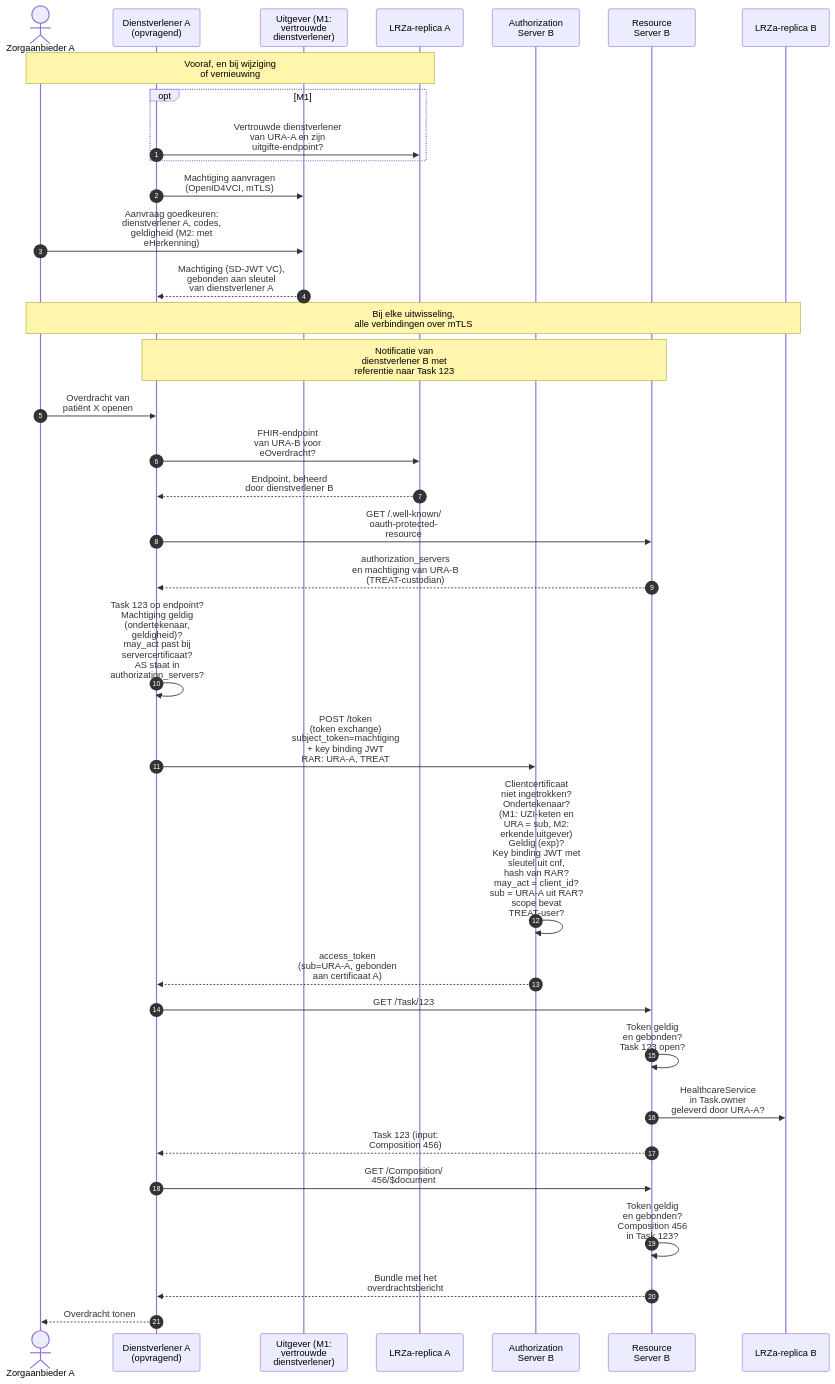
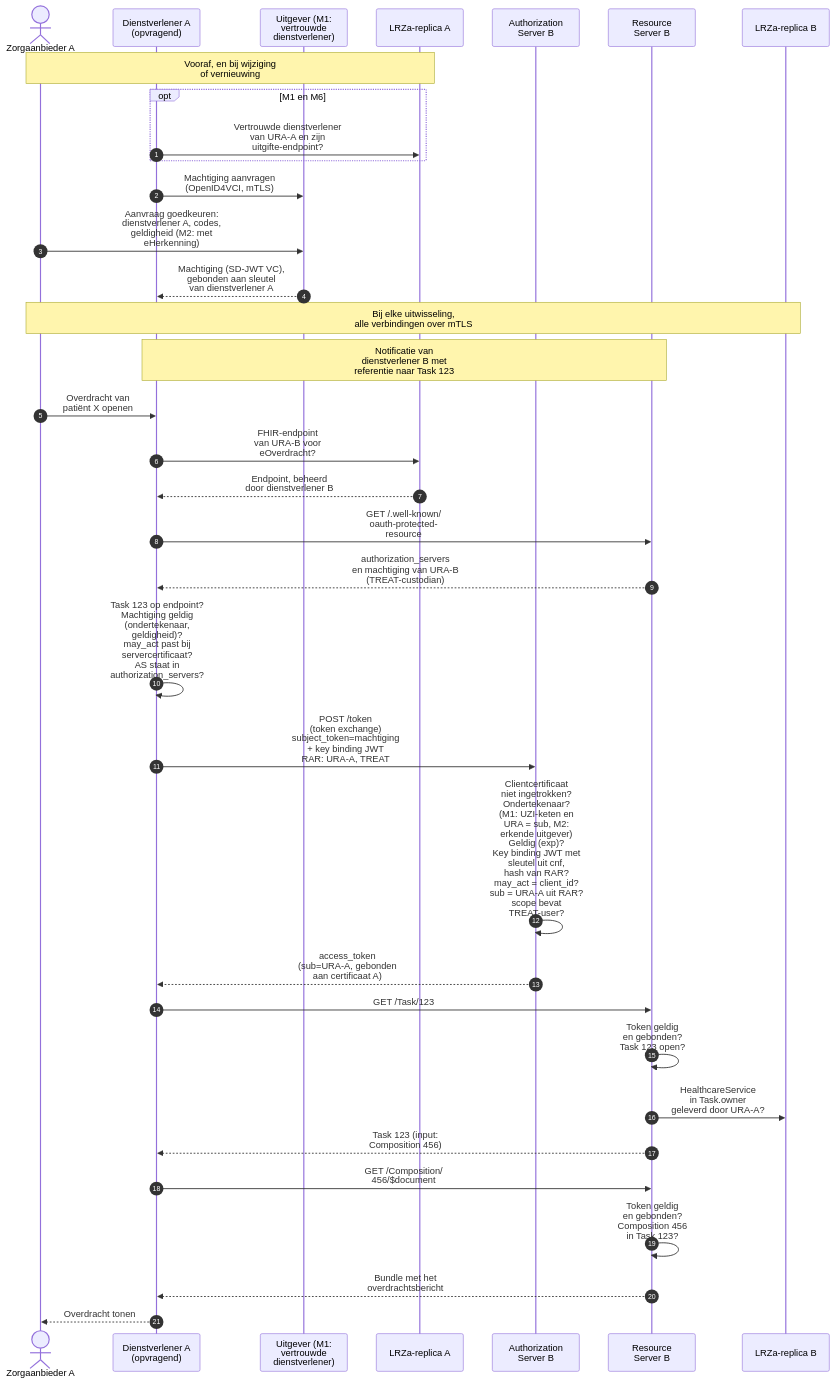
The diagram in input/pagecontent/authenticatie-en-autorisatie-vervolg-mandaat-clientregistratie.md (minvws/generiekefuncties-docs), drawn with Mermaid before and after one commit. The commit also changed other lines of this file, not shown here.

````diff
--- a/input/pagecontent/authenticatie-en-autorisatie-vervolg-mandaat-clientregistratie.md
+++ b/input/pagecontent/authenticatie-en-autorisatie-vervolg-mandaat-clientregistratie.md
@@ -418,39 +447,39 @@
 ```mermaid
 sequenceDiagram
     autonumber
     actor ZA as Zorgaanbieder A
     participant DA as Dienstverlener A<br/>(opvragend)
     participant U as Uitgever (M1:<br/>vertrouwde<br/>dienstverlener)
     participant RepA as LRZa-replica A
     participant AS as Authorization<br/>Server B
     participant RS as Resource<br/>Server B
     participant RepB as LRZa-replica B
 
     Note over ZA,RepA: Vooraf, en bij wijziging<br/>of vernieuwing
-    opt M1
+    opt M1 en M6
         DA->>RepA: Vertrouwde dienstverlener<br/>van URA-A en zijn<br/>uitgifte-endpoint?
     end
     DA->>U: Machtiging aanvragen<br/>(OpenID4VCI, mTLS)
     ZA->>U: Aanvraag goedkeuren:<br/>dienstverlener A, codes,<br/>geldigheid (M2: met<br/>eHerkenning)
     U-->>DA: Machtiging (SD-JWT VC),<br/>gebonden aan sleutel<br/>van dienstverlener A
 
     Note over ZA,RepB: Bij elke uitwisseling,<br/>alle verbindingen over mTLS
     Note over DA,RS: Notificatie van<br/>dienstverlener B met<br/>referentie naar Task 123
     ZA->>DA: Overdracht van<br/>patiënt X openen
     DA->>RepA: FHIR-endpoint<br/>van URA-B voor<br/>eOverdracht?
     RepA-->>DA: Endpoint, beheerd<br/>door dienstverlener B
     DA->>RS: GET /.well-known/<br/>oauth-protected-<br/>resource
     RS-->>DA: authorization_servers<br/>en machtiging van URA-B<br/>(TREAT-custodian)
     DA->>DA: Task 123 op endpoint?<br/>Machtiging geldig<br/>(ondertekenaar,<br/>geldigheid)?<br/>may_act past bij<br/>servercertificaat?<br/>AS staat in<br/>authorization_servers?
     DA->>AS: POST /token<br/>(token exchange)<br/>subject_token=machtiging<br/>+ key binding JWT<br/>RAR: URA-A, TREAT
     AS->>AS: Clientcertificaat<br/>niet ingetrokken?<br/>Ondertekenaar?<br/>(M1: UZI-keten en<br/>URA = sub, M2:<br/>erkende uitgever)<br/>Geldig (exp)?<br/>Key binding JWT met<br/>sleutel uit cnf,<br/>hash van RAR?<br/>may_act = client_id?<br/>sub = URA-A uit RAR?<br/>scope bevat<br/>TREAT-user?
     AS-->>DA: access_token<br/>(sub=URA-A, gebonden<br/>aan certificaat A)
     DA->>RS: GET /Task/123
     RS->>RS: Token geldig<br/>en gebonden?<br/>Task 123 open?
     RS->>RepB: HealthcareService<br/>in Task.owner<br/>geleverd door URA-A?
     RS-->>DA: Task 123 (input:<br/>Composition 456)
     DA->>RS: GET /Composition/<br/>456/$document
     RS->>RS: Token geldig<br/>en gebonden?<br/>Composition 456<br/>in Task 123?
     RS-->>DA: Bundle met het<br/>overdrachtsbericht
     DA-->>ZA: Overdracht tonen
 ```
````
